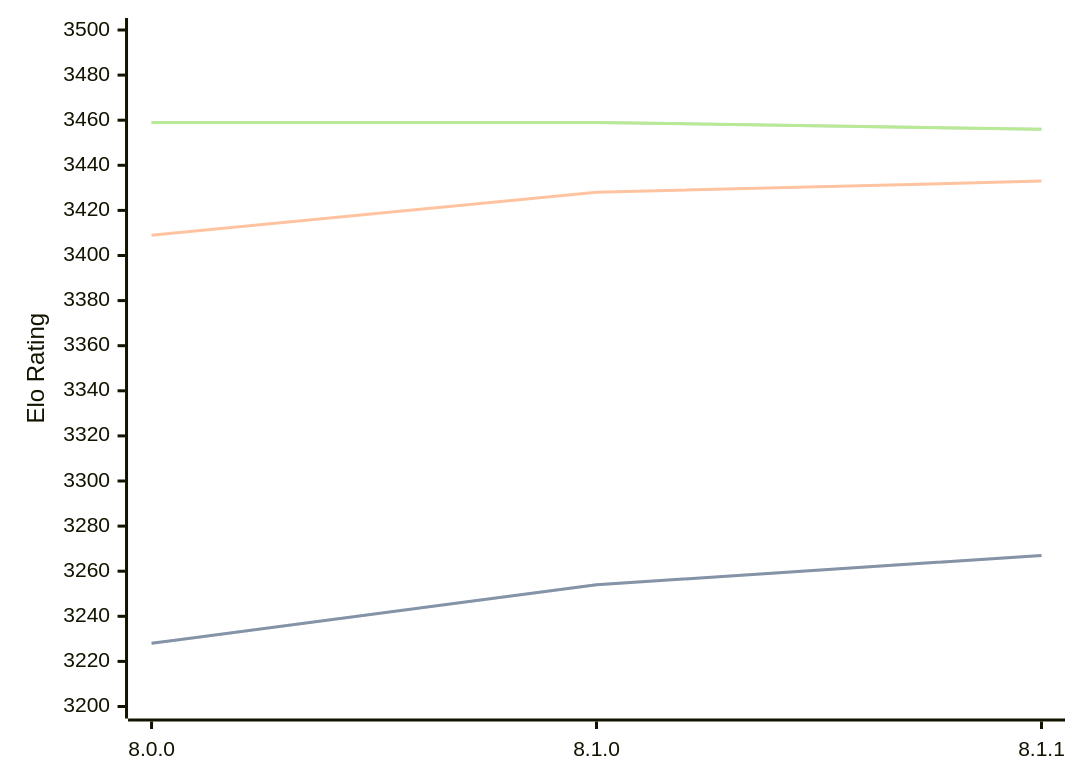
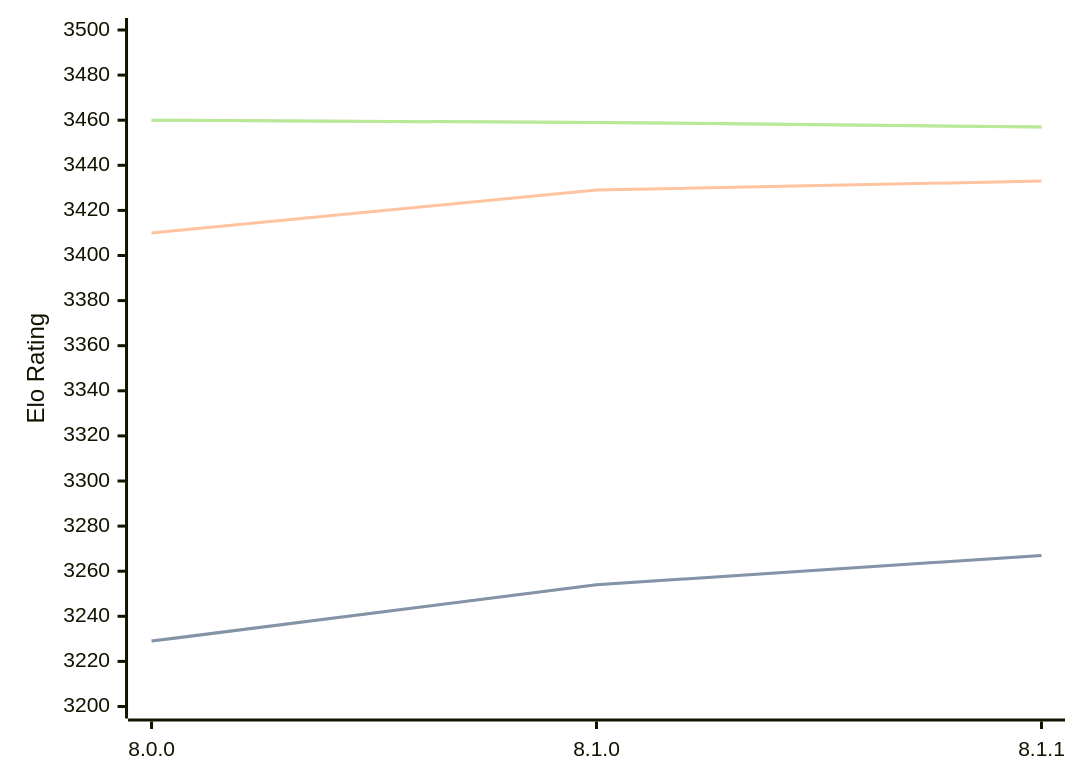
The diagram in engines/Velvet.md (computer-chess-index/cci), drawn with Mermaid before and after one commit. The commit also changed other lines of this file, not shown here.

Commit message:
Update CCI Ratings (ELO VLTC) - 2026-07-23

````diff
--- a/engines/Velvet.md
+++ b/engines/Velvet.md
@@ -57,11 +57,11 @@
 ```mermaid
 %%{init: {"theme":"base","themeVariables":{"seriesColors:['#a3a3a3','#222221','#faa371']}}}%%
 xychart-beta
   x-axis ["8.0.0", "8.1.0", "8.1.1"]
   y-axis "Elo Rating" 3200 --> 3500
-  line "STC (8.0+0.08s)" [3228, 3254, 3267]
-  line "STC (8.0+0.08s)" [3228, 3254, 3267]
-  line "LTC (60.0+0.60s)" [3409, 3428, 3433]
-  line "VLTC (2m24s+1.12s)" [3459, 3459, 3456]
-  line "VLTC (2m24s+1.12s)" [3459, 3459, 3456]
+  line "STC (8.0+0.08s)" [3229, 3254, 3267]
+  line "STC (8.0+0.08s)" [3229, 3254, 3267]
+  line "LTC (60.0+0.60s)" [3410, 3429, 3433]
+  line "VLTC (2m24s+1.12s)" [3460, 3459, 3457]
+  line "VLTC (2m24s+1.12s)" [3460, 3459, 3457]
 ```
````
